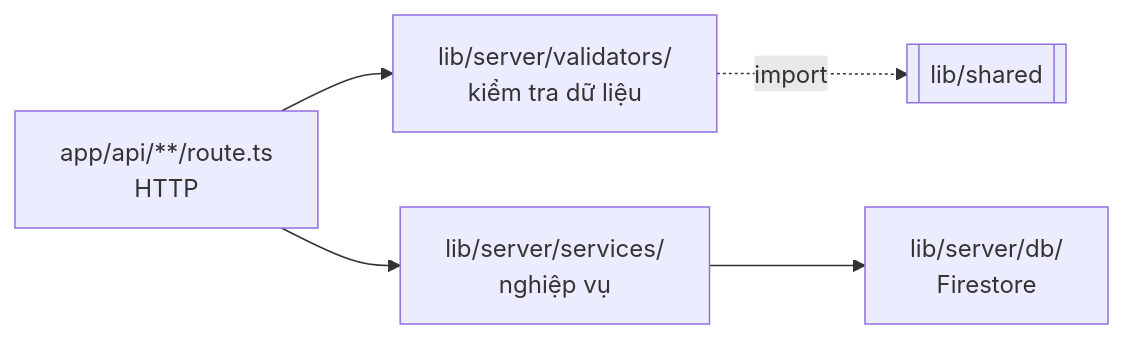
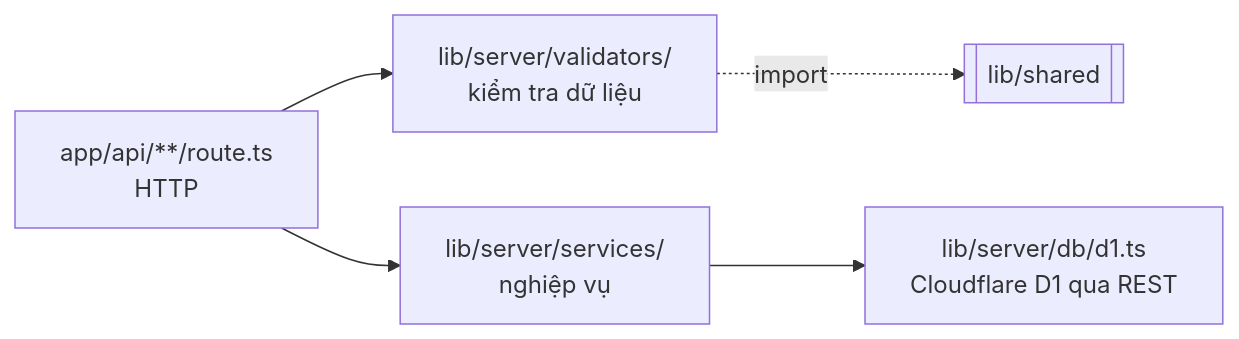
The diagram in be-structure.md (trankieuoanh/Mo-phong-web-dat-xe), drawn with Mermaid before and after one commit. The commit also changed other lines of this file and 21 other files, not shown here.

````diff
--- a/be-structure.md
+++ b/be-structure.md
@@ -91,7 +95,7 @@
 ```mermaid
 flowchart LR
   R["app/api/**/route.ts<br/>HTTP"] --> V[lib/server/validators/<br/>kiểm tra dữ liệu]
   R --> S[lib/server/services/<br/>nghiệp vụ]
-  S --> D[lib/server/db/<br/>Firestore]
+  S --> D[lib/server/db/d1.ts<br/>Cloudflare D1 qua REST]
   V -.->|import| SH[["lib/shared"]]
 ```
````
